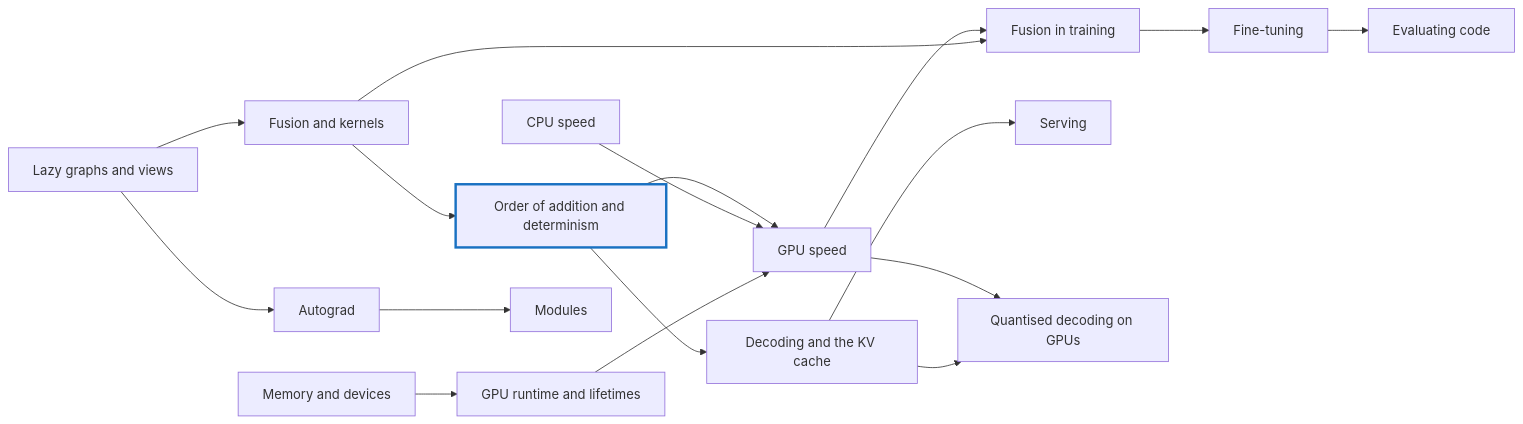
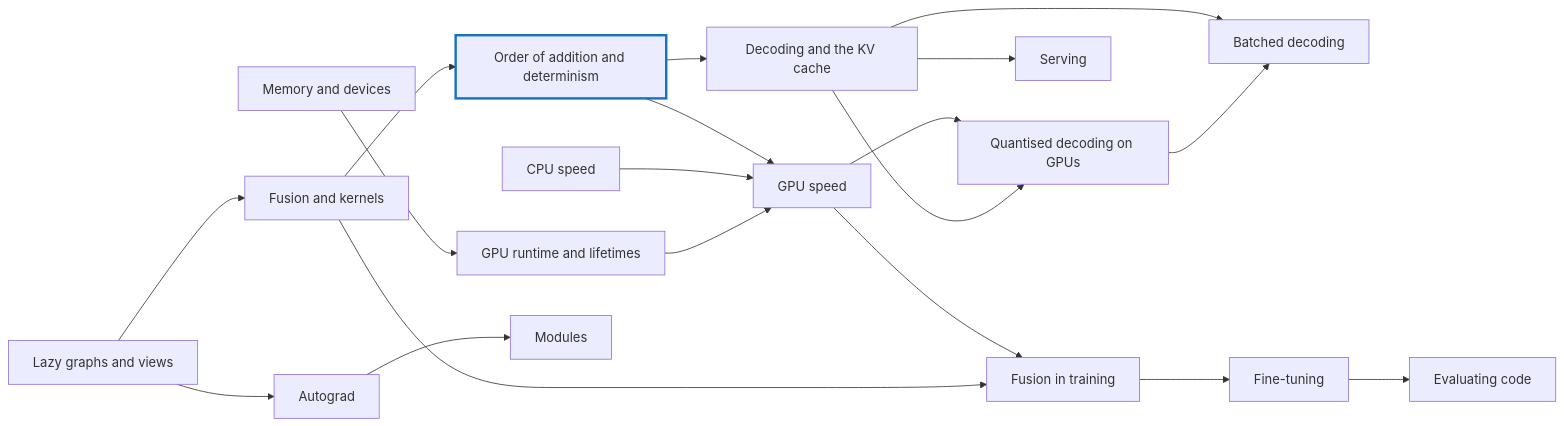
One commit to nogginly/tensomite.cr changed the diagram in faq/README.md. Above: the diagram before and after it, drawn with Mermaid. The commit also changed other lines of this file and 20 other files, not shown here.

First line of the commit message:
FAQ pages Q-CL to Q-DE, and a Batched decoding theme (Decision DH)

````diff
--- a/faq/README.md
+++ b/faq/README.md
@@ -7,20 +7,22 @@
 ```mermaid
 flowchart LR
     graphs["Lazy graphs and views"] --> fusion["Fusion and kernels"]
     graphs --> autograd["Autograd"]
     memory["Memory and devices"] --> runtime["GPU runtime and lifetimes"]
     fusion --> order["Order of addition and determinism"]
     order --> gpuspeed["GPU speed"]
     cpuspeed["CPU speed"] --> gpuspeed
     autograd --> modules["Modules"]
     order --> decode["Decoding and the KV cache"]
     runtime --> gpuspeed
     gpuspeed --> training["Fusion in training"]
     fusion --> training
     decode --> serving["Serving"]
     gpuspeed --> quantgpu["Quantised decoding on GPUs"]
     decode --> quantgpu
+    decode --> batched["Batched decoding"]
+    quantgpu --> batched
     training --> finetune["Fine-tuning"]
     finetune --> evaluate["Evaluating code"]
     style order stroke:#1971c2,stroke-width:3px
 ```
````
